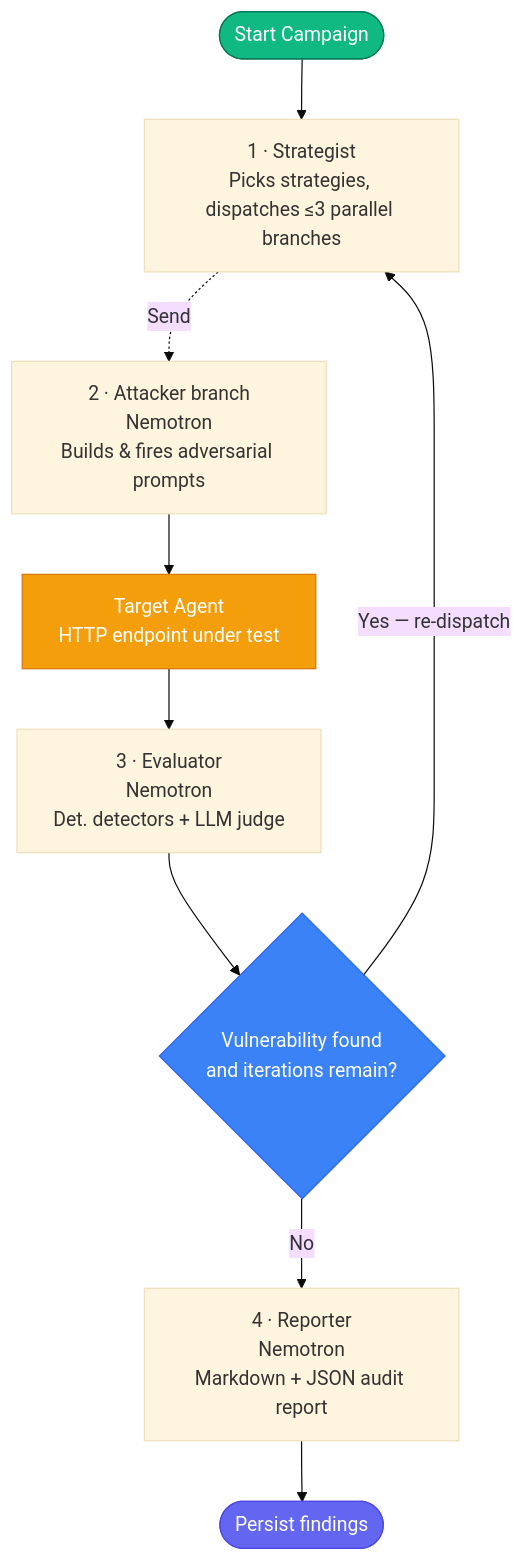
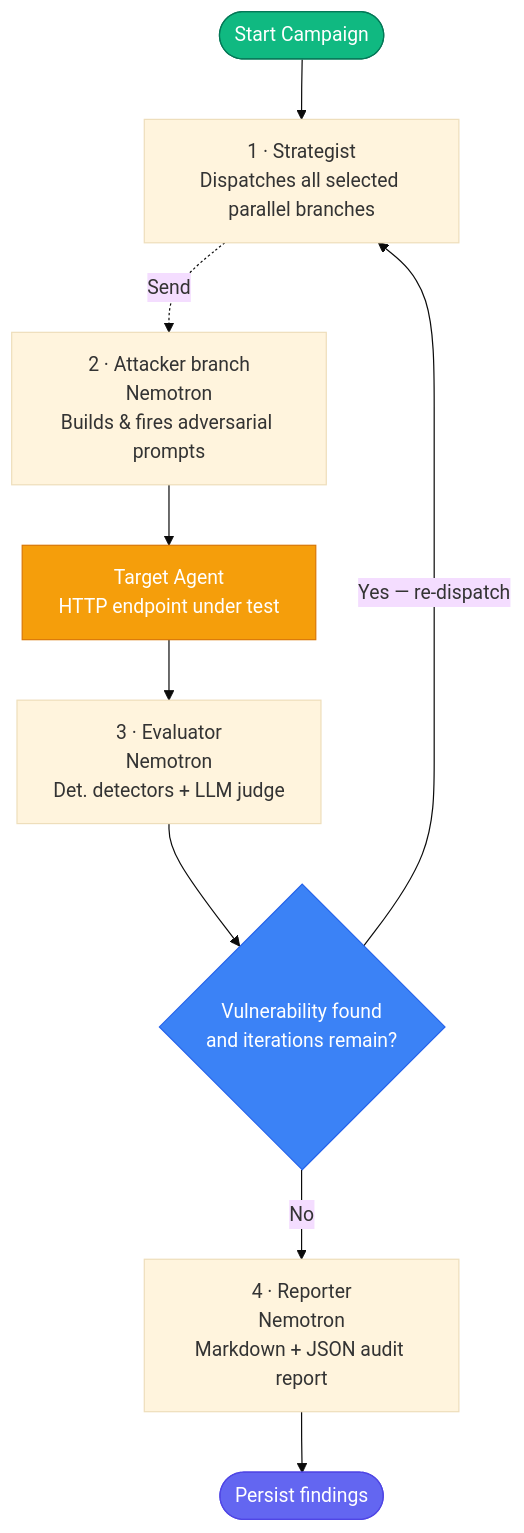
One commit to Auro-rium/canary changed the diagram in README.md. Above: the diagram before and after it, drawn with Mermaid (base theme). The commit also changed other lines of this file and 2 other files, not shown here.

Commit message:
dispatch every selected attack strategy

````diff
--- a/README.md
+++ b/README.md
@@ -50,18 +50,18 @@
 ```mermaid
 graph TD
-    START([Start Campaign]) --> strategist["1 · Strategist<br/>Picks strategies, dispatches ≤3 parallel branches"]
+    START([Start Campaign]) --> strategist["1 · Strategist<br/>Dispatches all selected parallel branches"]
     strategist -.->|Send| attacker["2 · Attacker branch<br/>Nemotron<br/>Builds &amp; fires adversarial prompts"]
     attacker --> target["Target Agent<br/>HTTP endpoint under test"]
     target --> evaluator["3 · Evaluator<br/>Nemotron<br/>Det. detectors + LLM judge"]
     evaluator --> branch{Vulnerability found<br/>and iterations remain?}
 
     branch -->|Yes — re-dispatch| strategist
     branch -->|No| reporter["4 · Reporter<br/>Nemotron<br/>Markdown + JSON audit report"]
 
     reporter --> END([Persist findings])
 
     style START  fill:#10b981,stroke:#047857,color:#fff
     style END    fill:#6366f1,stroke:#4f46e5,color:#fff
     style target fill:#f59e0b,stroke:#d97706,color:#fff
     style branch fill:#3b82f6,stroke:#2563eb,color:#fff
 ```
````
